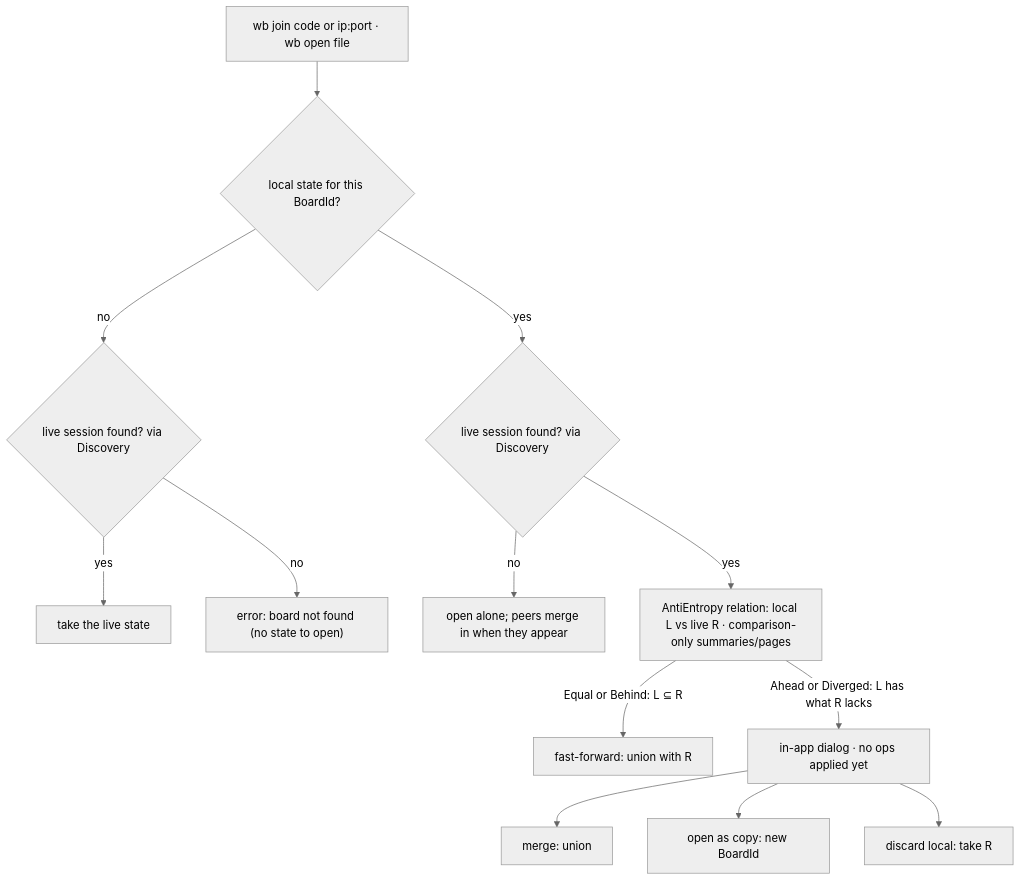
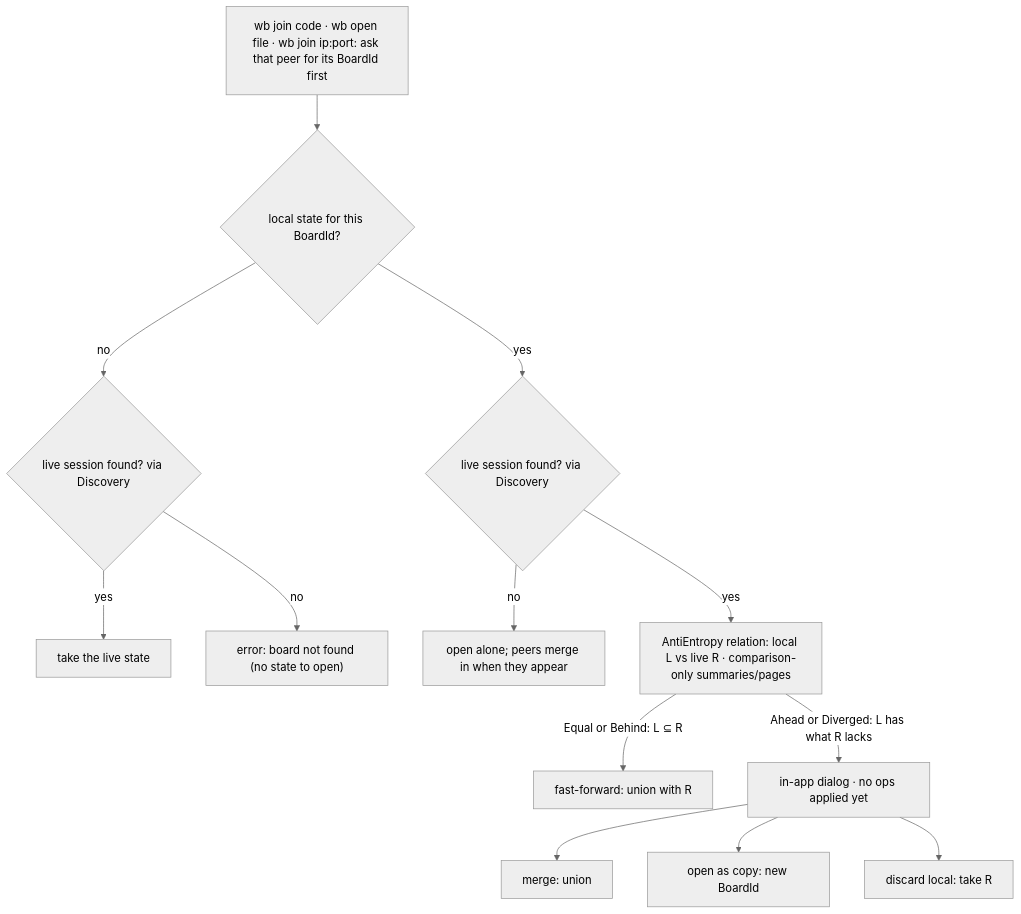
Before and after one commit to Student-Team-Projects/Most-Overkilled-Whiteboard-for-ArchLinux: the diagram in docs/design/join-flow.md, drawn with Mermaid (neutral theme). The commit also changed 3 other files, not shown here.

````diff
--- a/docs/design/join-flow.md
+++ b/docs/design/join-flow.md
@@ -6,15 +6,15 @@
 ```mermaid
 flowchart TD
-    start["wb join code or ip:port · wb open file"] --> local{"local state for this BoardId?"}
+    start["wb join code · wb open file · wb join ip:port: ask that peer for its BoardId first"] --> local{"local state for this BoardId?"}
     local -- no --> livecheck{"live session found? via Discovery"}
     livecheck -- yes --> take["take the live state"]
     livecheck -- no --> missing["error: board not found (no state to open)"]
     local -- yes --> live{"live session found? via Discovery"}
     live -- no --> seed["open alone; peers merge in when they appear"]
     live -- yes --> rel["AntiEntropy relation: local L vs live R · comparison-only summaries/pages"]
     rel -- "Equal or Behind: L ⊆ R" --> ff["fast-forward: union with R"]
     rel -- "Ahead or Diverged: L has what R lacks" --> dlg["in-app dialog · no ops applied yet"]
     dlg --> merge["merge: union"]
     dlg --> copy["open as copy: new BoardId"]
     dlg --> discard["discard local: take R"]
 ```
````
